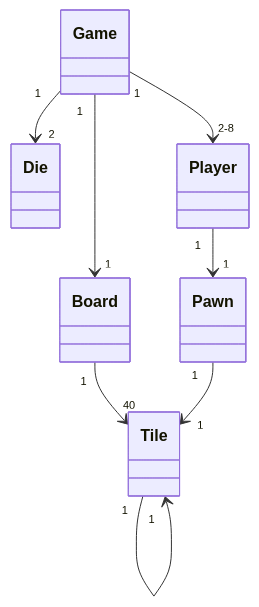
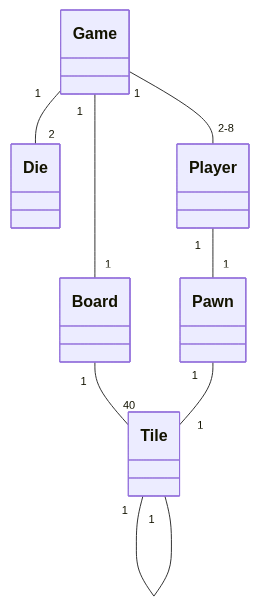
The diagram in laskarit/viikko3/exercise1/monopoly.md (foxpooky/ot-harjoitustyo), drawn with Mermaid before and after one commit.

Commit message:
replace arrows with lines in exercise 1

````diff
--- a/laskarit/viikko3/exercise1/monopoly.md
+++ b/laskarit/viikko3/exercise1/monopoly.md
@@ -1,18 +1,18 @@
 ```mermaid
   classDiagram
-    Game "1" --> "2" Die
-    Game "1" --> "2-8" Player
-    Game "1" --> "1" Board
-    Board "1" --> "40" Tile
-    Tile "1" --> "1" Tile
-    Player "1" --> "1" Pawn
-    Pawn "1" --> "1" Tile
+    Game "1" -- "2" Die
+    Game "1" -- "2-8" Player
+    Game "1" -- "1" Board
+    Board "1" -- "40" Tile
+    Tile "1" -- "1" Tile
+    Player "1" -- "1" Pawn
+    Pawn "1" -- "1" Tile
 
     class Game
     class Board
     class Tile
     class Player
     class Pawn
     class Die
 
 ```
````
